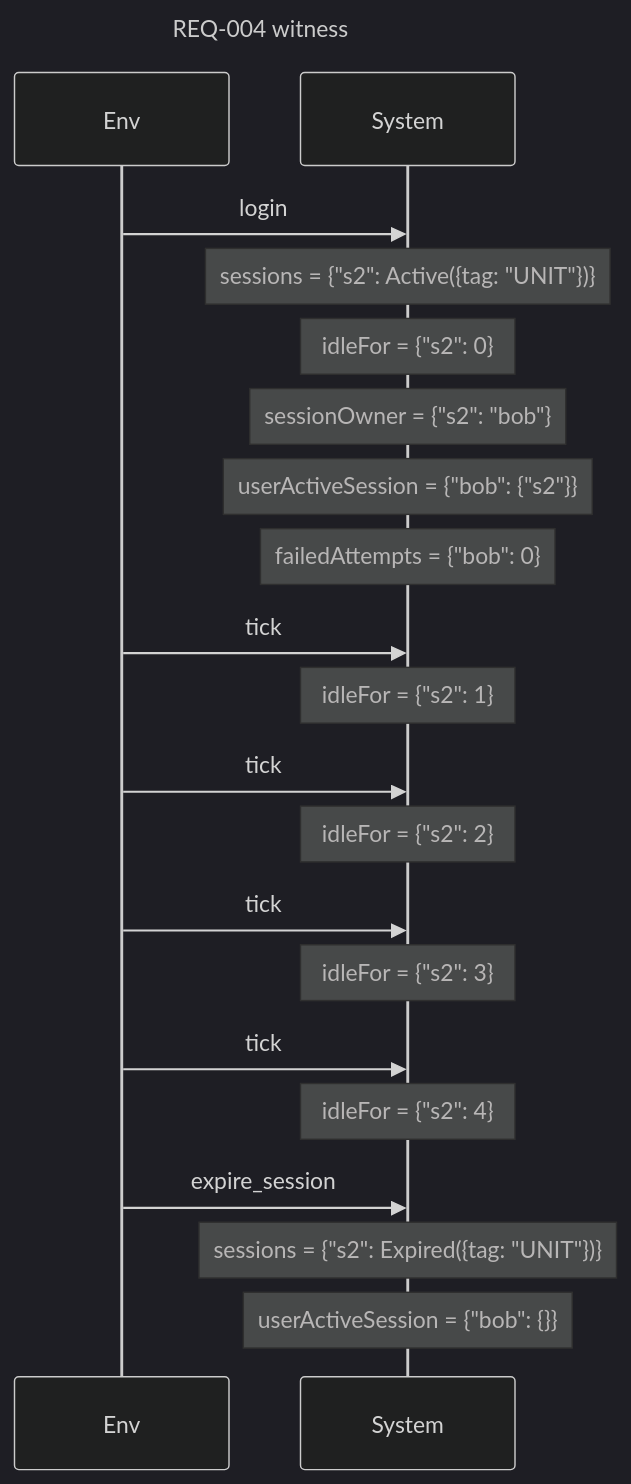
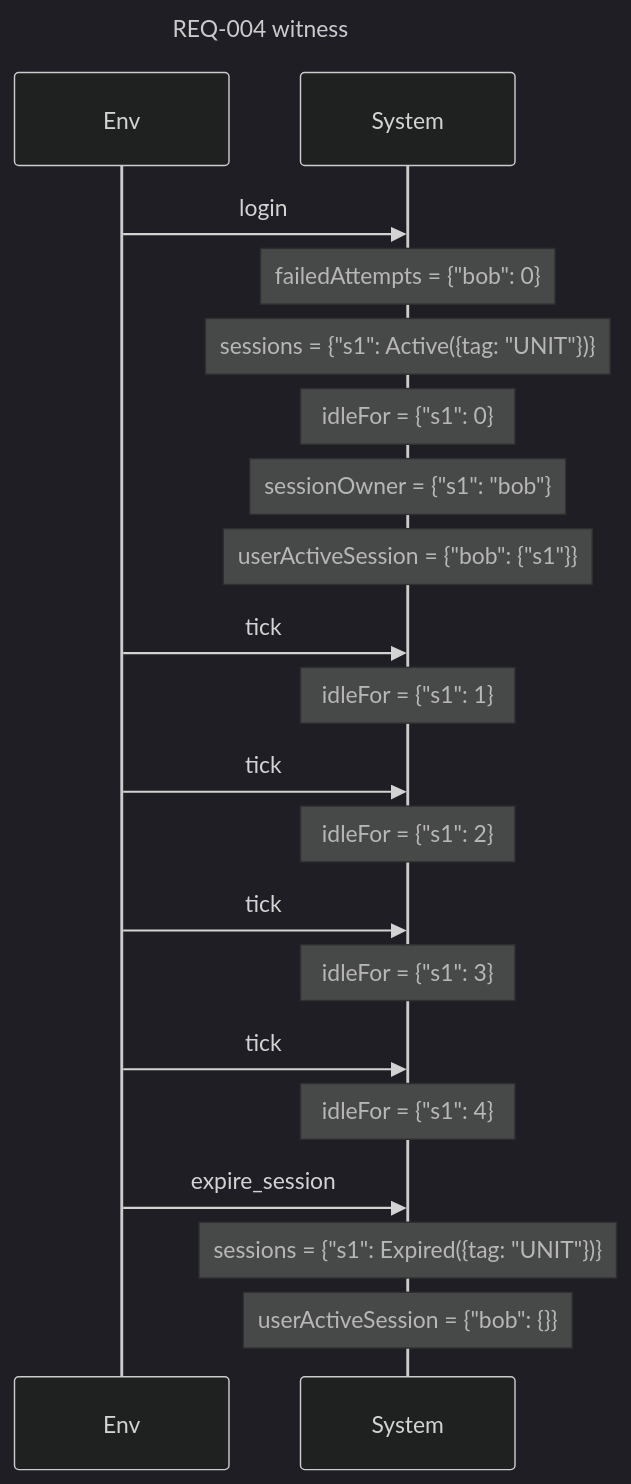
Before and after one commit to AlesKracik/quintessence: the fifth of 8 diagrams in examples/specs/auth.readback.md, drawn with Mermaid (dark theme). The commit also changed other lines of this file and 60 other files, not shown here.

````diff
--- a/examples/specs/auth.readback.md
+++ b/examples/specs/auth.readback.md
@@ -420,23 +421,23 @@
 ```mermaid
 sequenceDiagram
     title REQ-004 witness
     participant E as Env
     participant S as System
     E->>S: login
-    Note over S: sessions = {"s2": Active({tag: "UNIT"})}
-    Note over S: idleFor = {"s2": 0}
-    Note over S: sessionOwner = {"s2": "bob"}
-    Note over S: userActiveSession = {"bob": {"s2"}}
     Note over S: failedAttempts = {"bob": 0}
+    Note over S: sessions = {"s1": Active({tag: "UNIT"})}
+    Note over S: idleFor = {"s1": 0}
+    Note over S: sessionOwner = {"s1": "bob"}
+    Note over S: userActiveSession = {"bob": {"s1"}}
     E->>S: tick
-    Note over S: idleFor = {"s2": 1}
+    Note over S: idleFor = {"s1": 1}
     E->>S: tick
-    Note over S: idleFor = {"s2": 2}
+    Note over S: idleFor = {"s1": 2}
     E->>S: tick
-    Note over S: idleFor = {"s2": 3}
+    Note over S: idleFor = {"s1": 3}
     E->>S: tick
-    Note over S: idleFor = {"s2": 4}
+    Note over S: idleFor = {"s1": 4}
     E->>S: expire_session
-    Note over S: sessions = {"s2": Expired({tag: "UNIT"})}
+    Note over S: sessions = {"s1": Expired({tag: "UNIT"})}
     Note over S: userActiveSession = {"bob": {}}
 ```
````
